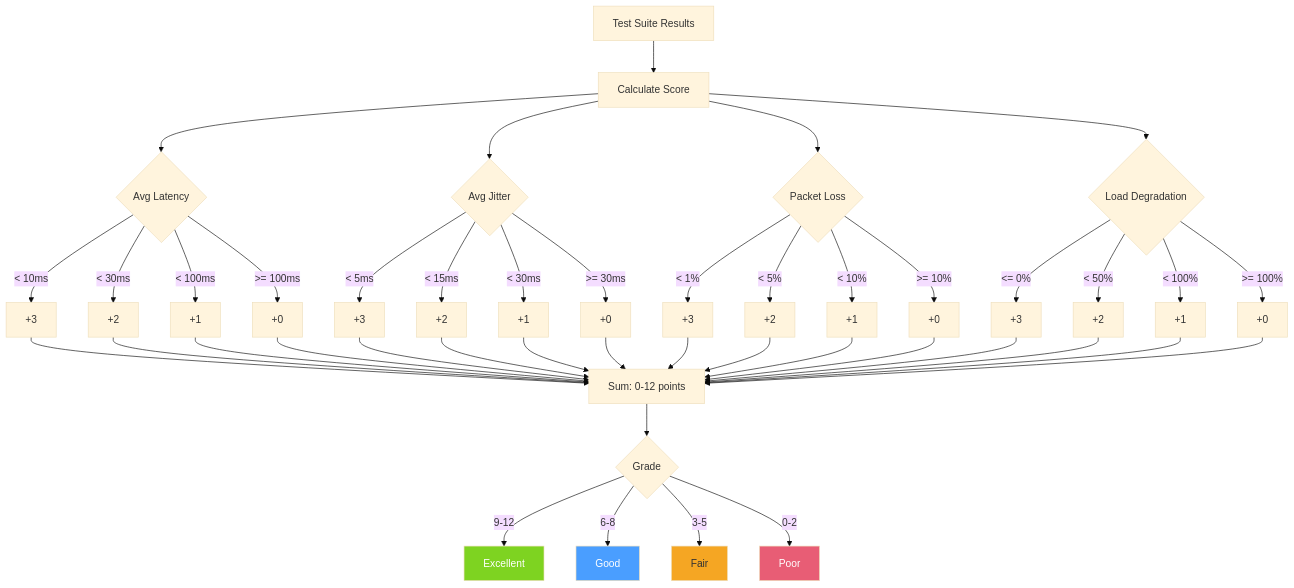
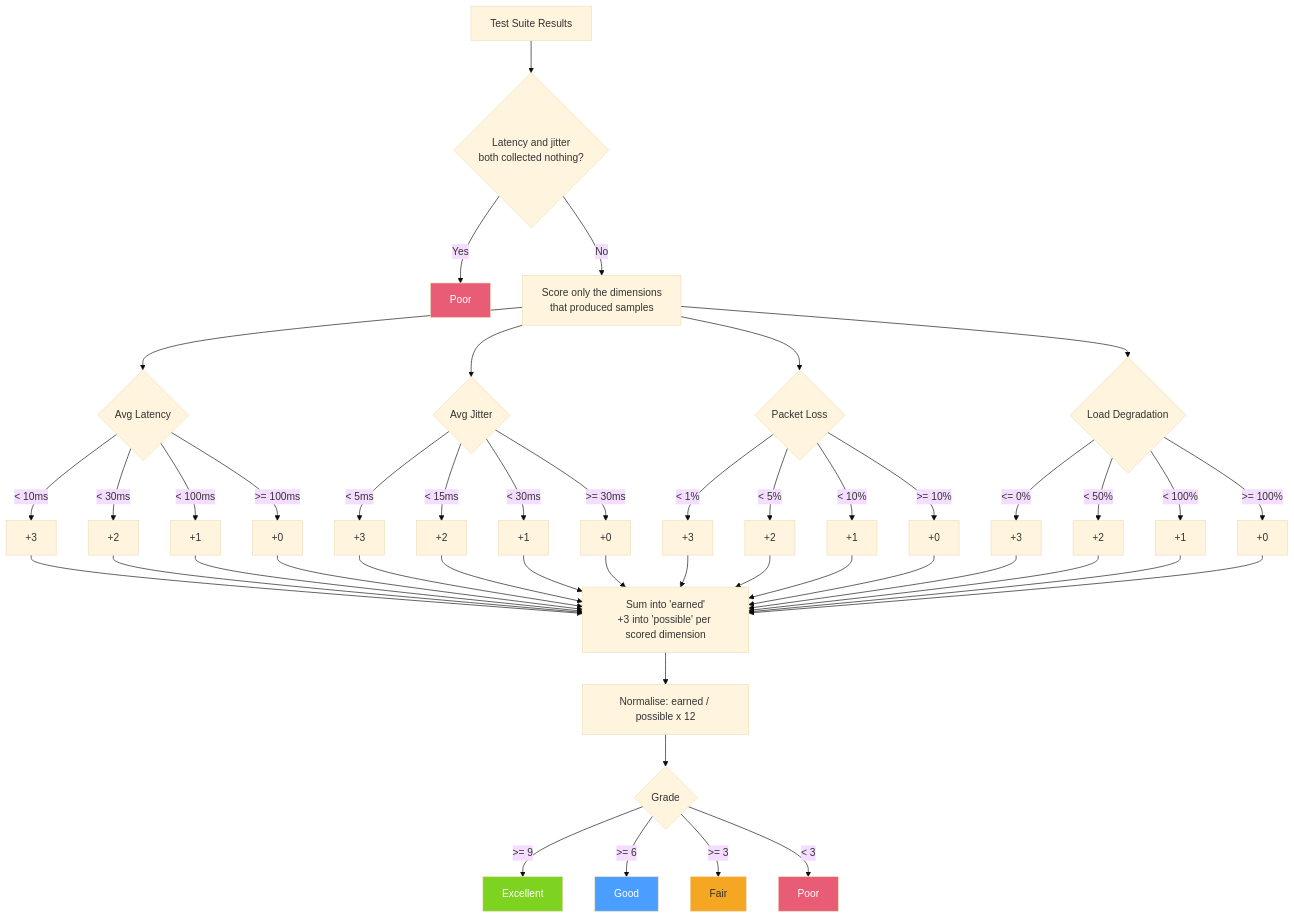
Before and after one commit to chrlyons/iPadDx: the tenth of 11 diagrams in docs/current_architecture.md, drawn with Mermaid (base theme). The commit also changed other lines of this file and 54 other files, not shown here.

````diff
--- a/docs/current_architecture.md
+++ b/docs/current_architecture.md
@@ -398,44 +515,48 @@
 ```mermaid
 flowchart TD
-    Results[Test Suite Results] --> Score[Calculate Score]
+    Results[Test Suite Results] --> Gate{"Latency and jitter<br/>both collected nothing?"}
+    Gate -->|Yes| PoorEarly[Poor]
+    Gate -->|No| Score["Score only the dimensions<br/>that produced samples"]
 
     Score --> Lat{Avg Latency}
     Lat -->|"< 10ms"| L3[+3]
     Lat -->|"< 30ms"| L2[+2]
     Lat -->|"< 100ms"| L1[+1]
     Lat -->|">= 100ms"| L0[+0]
 
     Score --> Jit{Avg Jitter}
     Jit -->|"< 5ms"| J3[+3]
     Jit -->|"< 15ms"| J2[+2]
     Jit -->|"< 30ms"| J1[+1]
     Jit -->|">= 30ms"| J0[+0]
 
     Score --> PL{Packet Loss}
     PL -->|"< 1%"| P3[+3]
     PL -->|"< 5%"| P2[+2]
     PL -->|"< 10%"| P1[+1]
     PL -->|">= 10%"| P0[+0]
 
     Score --> Deg{Load Degradation}
     Deg -->|"<= 0%"| D3[+3]
     Deg -->|"< 50%"| D2[+2]
     Deg -->|"< 100%"| D1[+1]
     Deg -->|">= 100%"| D0[+0]
 
-    L3 & L2 & L1 & L0 --> Total[Sum: 0-12 points]
+    L3 & L2 & L1 & L0 --> Total["Sum into 'earned'<br/>+3 into 'possible' per scored dimension"]
     J3 & J2 & J1 & J0 --> Total
     P3 & P2 & P1 & P0 --> Total
     D3 & D2 & D1 & D0 --> Total
 
-    Total --> Grade{Grade}
-    Grade -->|"9-12"| Excellent[Excellent]
-    Grade -->|"6-8"| Good[Good]
-    Grade -->|"3-5"| Fair[Fair]
-    Grade -->|"0-2"| Poor[Poor]
+    Total --> Norm["Normalise: earned / possible x 12"]
+    Norm --> Grade{Grade}
+    Grade -->|">= 9"| Excellent[Excellent]
+    Grade -->|">= 6"| Good[Good]
+    Grade -->|">= 3"| Fair[Fair]
+    Grade -->|"< 3"| Poor[Poor]
 
     style Excellent fill:#7ed321,color:#fff
     style Good fill:#4a9eff,color:#fff
     style Fair fill:#f5a623,color:#333
     style Poor fill:#e85d75,color:#fff
+    style PoorEarly fill:#e85d75,color:#fff
 ```
````
